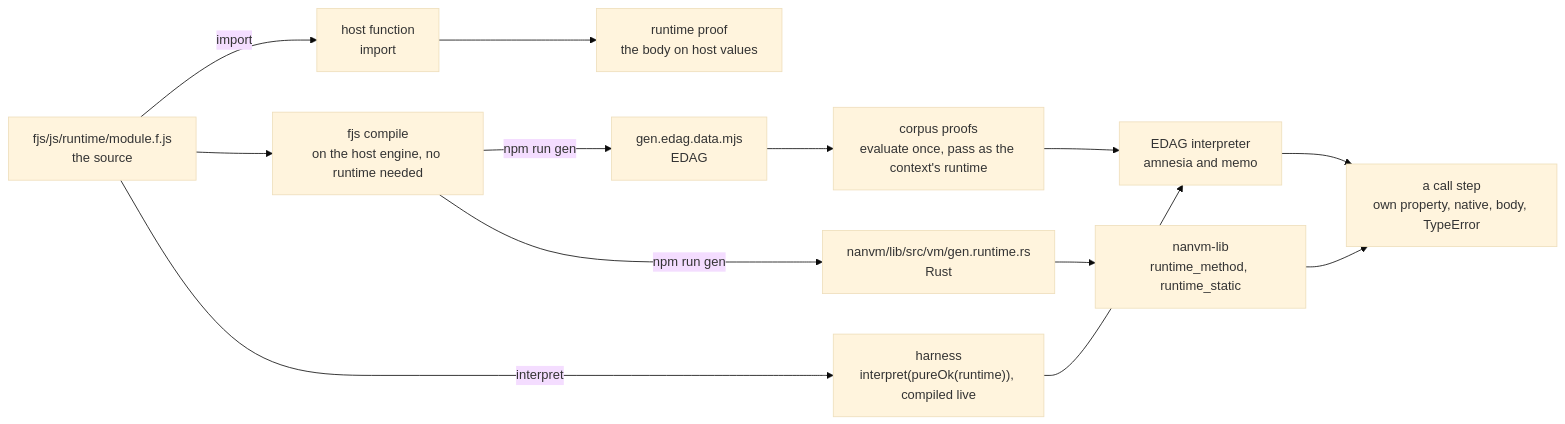
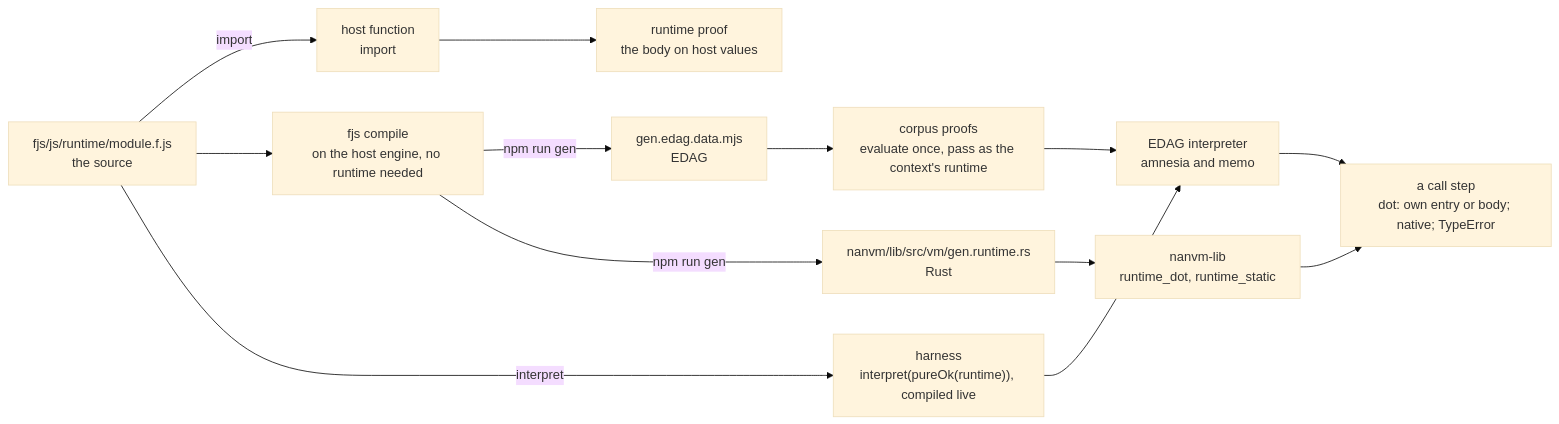
The first of 2 diagrams in fjs/js/runtime/README.md (functionalscript/functionalscript), drawn with Mermaid (base theme) before and after one commit. The commit also changed other lines of this file and 10 other files, not shown here.

````diff
--- a/fjs/js/runtime/README.md
+++ b/fjs/js/runtime/README.md
@@ -124,21 +123,21 @@
 ```mermaid
 flowchart LR
     src["fjs/js/runtime/module.f.js<br/>the source"]
     compiler["fjs compile<br/>on the host engine, no runtime needed"]
     host["host function<br/>import"]
     edag["gen.edag.data.mjs<br/>EDAG"]
     rust["nanvm/lib/src/vm/gen.runtime.rs<br/>Rust"]
     proof["runtime proof<br/>the body on host values"]
     corpus["corpus proofs<br/>evaluate once, pass as the context's runtime"]
     harness["harness<br/>interpret(pureOk(runtime)), compiled live"]
     interpreter["EDAG interpreter<br/>amnesia and memo"]
-    naive["nanvm-lib<br/>runtime_method, runtime_static"]
-    step["a call step<br/>own property, native, body, TypeError"]
+    naive["nanvm-lib<br/>runtime_dot, runtime_static"]
+    step["a call step<br/>dot: own entry or body; native; TypeError"]
     src -->|import| host --> proof
     src --> compiler
     compiler -->|npm run gen| edag --> corpus --> interpreter
     src -->|interpret| harness --> interpreter
     compiler -->|npm run gen| rust --> naive
     interpreter --> step
     naive --> step
 ```
````
